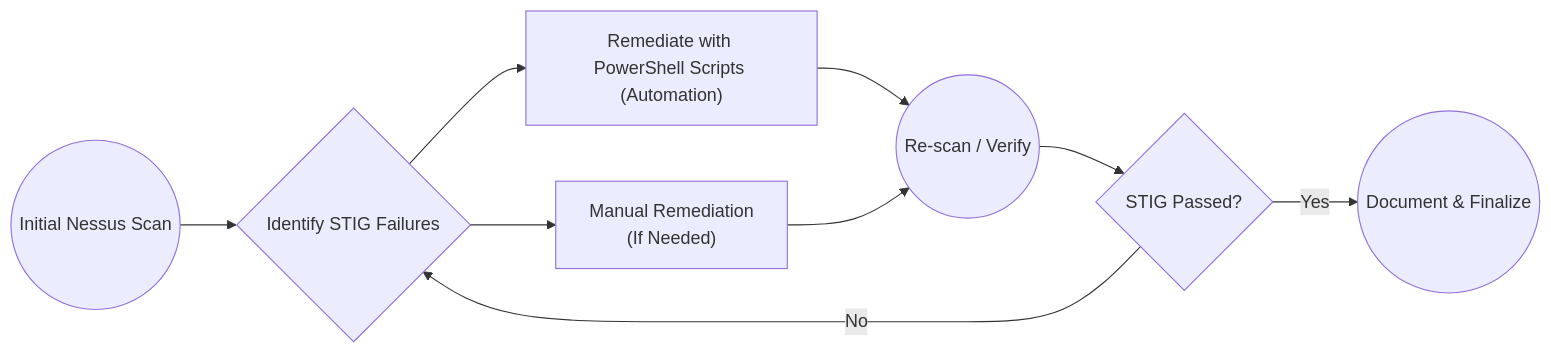
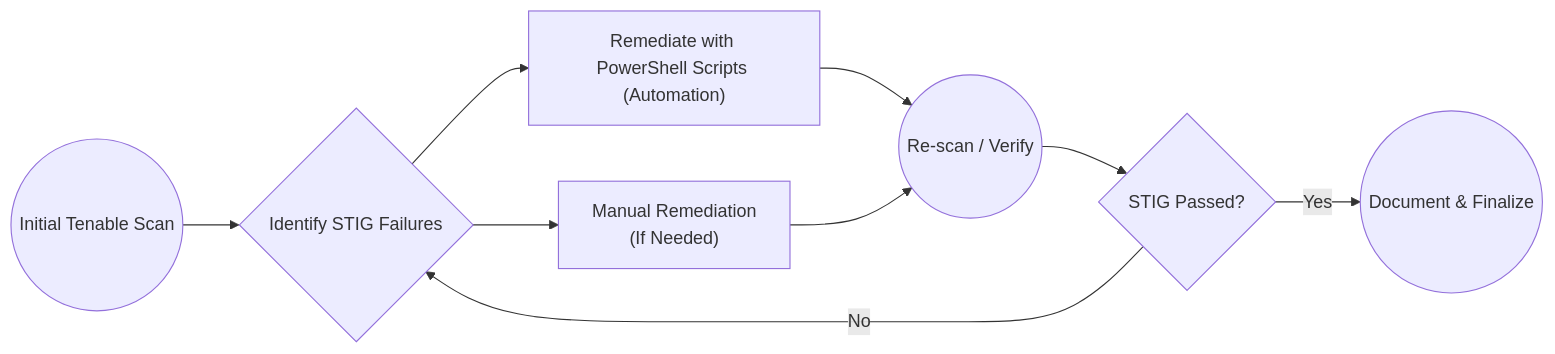
The diagram in README.md (nabilalam14/win11-stig), drawn with Mermaid before and after one commit. The commit also changed other lines of this file, not shown here.

````diff
--- a/README.md
+++ b/README.md
@@ -41,11 +41,11 @@
 ```mermaid
     flowchart LR
-    A((Initial Nessus Scan)) --> B{Identify STIG Failures}
+    A((Initial Tenable Scan)) --> B{Identify STIG Failures}
     B --> C["Remediate with PowerShell Scripts (Automation)"]
     B --> D["Manual Remediation <br>(If Needed)"]
     C --> E((Re-scan / Verify))
     D --> E
     E --> F{STIG Passed?}
     F -- Yes --> G((Document & Finalize))
     F -- No --> B
 ```
````
